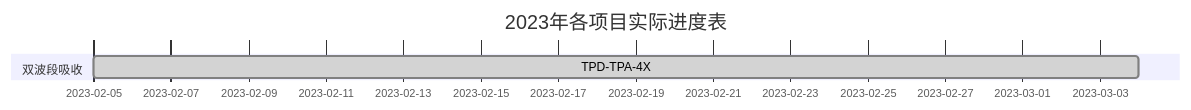
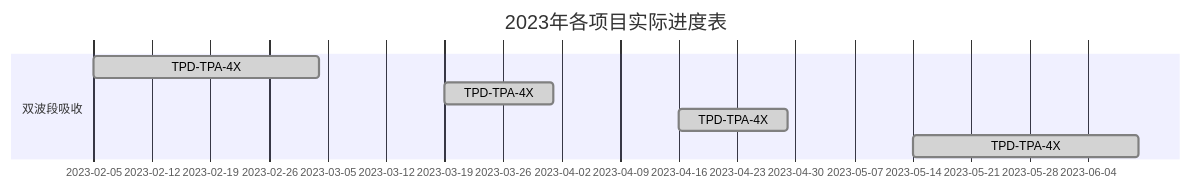
The diagram in blog/category1/gantt_weekly.md (qiao-ze/qiao-ze.github.io), drawn with Mermaid before and after one commit.

````diff
--- a/blog/category1/gantt_weekly.md
+++ b/blog/category1/gantt_weekly.md
@@ -17,13 +17,16 @@
 ```mermaid
  gantt
      dateFormat  YYYY-MM-DD
      title 2023年各项目实际进度表
      section 双波段吸收
      TPD-TPA-4X            :done,    des1, 2023-02-05,2023-03-04
+     TPD-TPA-4X            :done,    des2, 2023-03-19,2023-04-01
+     TPD-TPA-4X            :done,    des3, 2023-04-16,2023-04-29
+     TPD-TPA-4X            :done,    des4, 2023-05-14,2023-06-10
     
  
      
      
  
      
 ```
````
